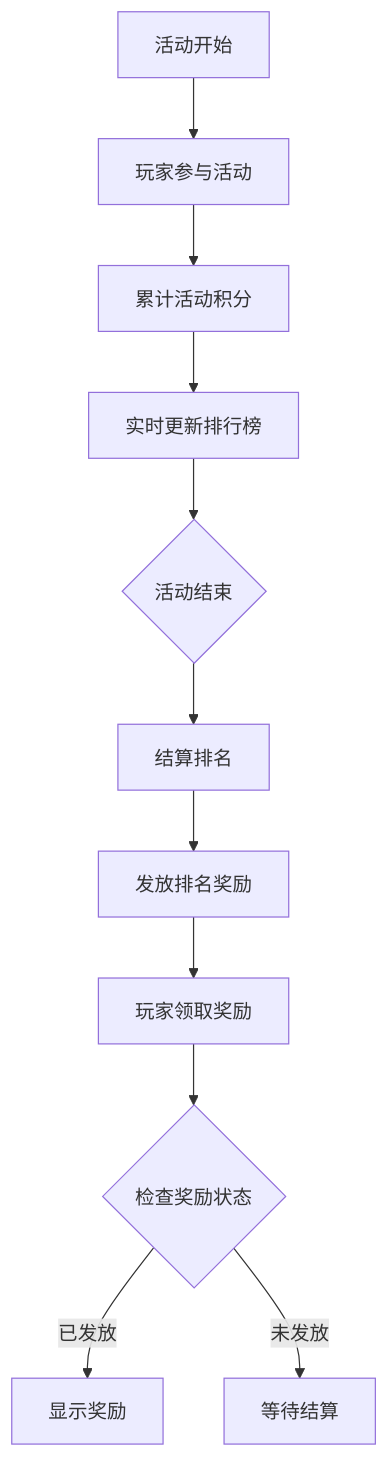
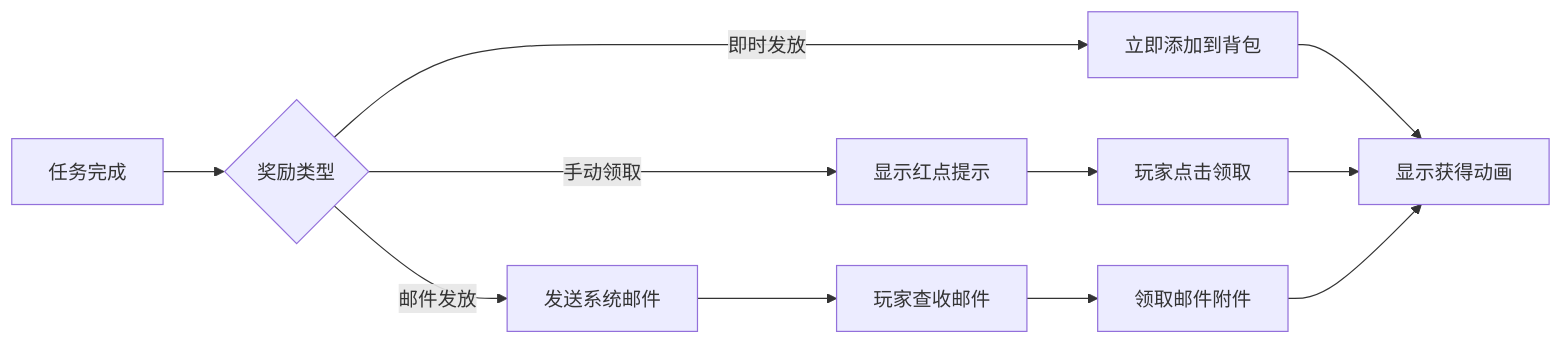
One commit to Alan-Ben/k2c_game_framework changed the eighth of 15 diagrams in docs/Module_Activity/05_完整说明.md. Above: the diagram before and after it, drawn with Mermaid. The commit also changed other lines of this file and 75 other files, not shown here.

````diff
--- a/docs/Module_Activity/05_完整说明.md
+++ b/docs/Module_Activity/05_完整说明.md
@@ -110,13 +483,16 @@
 ```mermaid
-flowchart TD
-    A[活动开始] --> B[玩家参与活动]
-    B --> C[累计活动积分]
-    C --> D[实时更新排行榜]
-    D --> E{活动结束}
-    E --> F[结算排名]
-    F --> G[发放排名奖励]
-    G --> H[玩家领取奖励]
-    H --> I{检查奖励状态}
-    I -->|已发放| J[显示奖励]
-    I -->|未发放| K[等待结算]
+flowchart LR
+    A[任务完成] --> B{奖励类型}
+    
+    B -->|即时发放| C[立即添加到背包]
+    B -->|手动领取| D[显示红点提示]
+    B -->|邮件发放| E[发送系统邮件]
+    
+    C --> F[显示获得动画]
+    D --> G[玩家点击领取]
+    G --> F
+    
+    E --> H[玩家查收邮件]
+    H --> I[领取邮件附件]
+    I --> F
 ```
````
